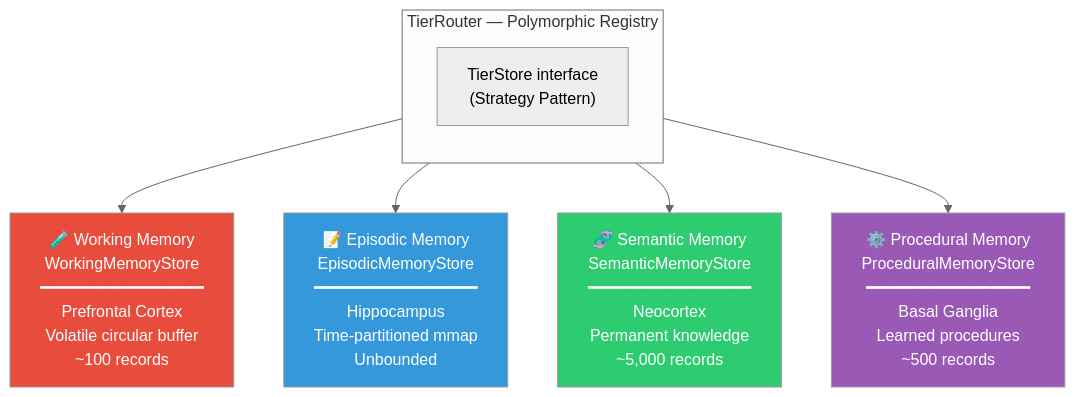
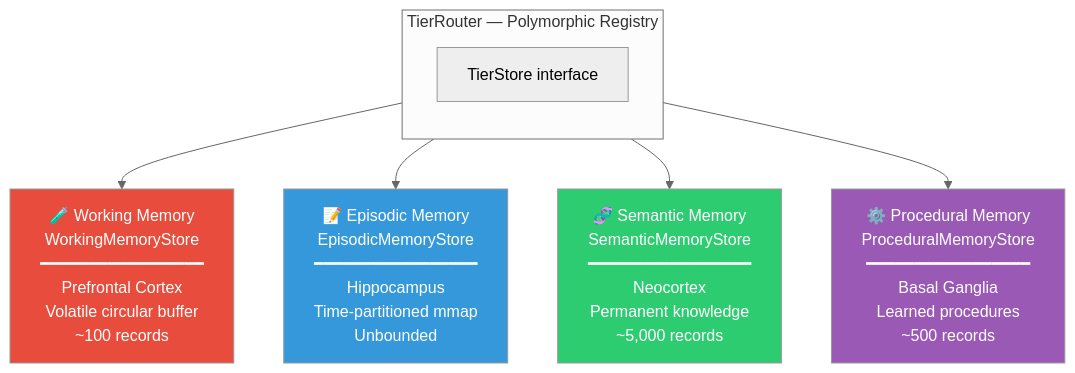
The first of 2 diagrams in docs/docs/memory/cortex.md (spectrayan/spector), drawn with Mermaid (neutral theme) before and after one commit. The commit also changed other lines of this file and 6 other files, not shown here.

````diff
--- a/docs/docs/memory/cortex.md
+++ b/docs/docs/memory/cortex.md
@@ -18,17 +18,17 @@
 ```mermaid
 graph TB
     subgraph "TierRouter — Polymorphic Registry"
         direction TB
-        TR["TierStore interface<br/>(Strategy Pattern)"]
+        TR["TierStore interface"]
     end
     
     TR --> WM["🧪 Working Memory<br/>WorkingMemoryStore<br/>━━━━━━━━━━━━━━━━━<br/>Prefrontal Cortex<br/>Volatile circular buffer<br/>~100 records"]
     TR --> EM["📝 Episodic Memory<br/>EpisodicMemoryStore<br/>━━━━━━━━━━━━━━━━━<br/>Hippocampus<br/>Time-partitioned mmap<br/>Unbounded"]
     TR --> SE["🧬 Semantic Memory<br/>SemanticMemoryStore<br/>━━━━━━━━━━━━━━━━━<br/>Neocortex<br/>Permanent knowledge<br/>~5,000 records"]
     TR --> PR["⚙️ Procedural Memory<br/>ProceduralMemoryStore<br/>━━━━━━━━━━━━━━━━━<br/>Basal Ganglia<br/>Learned procedures<br/>~500 records"]
     
     style WM fill:#e74c3c,color:white
     style EM fill:#3498db,color:white
     style SE fill:#2ecc71,color:white
     style PR fill:#9b59b6,color:white
 ```
````
